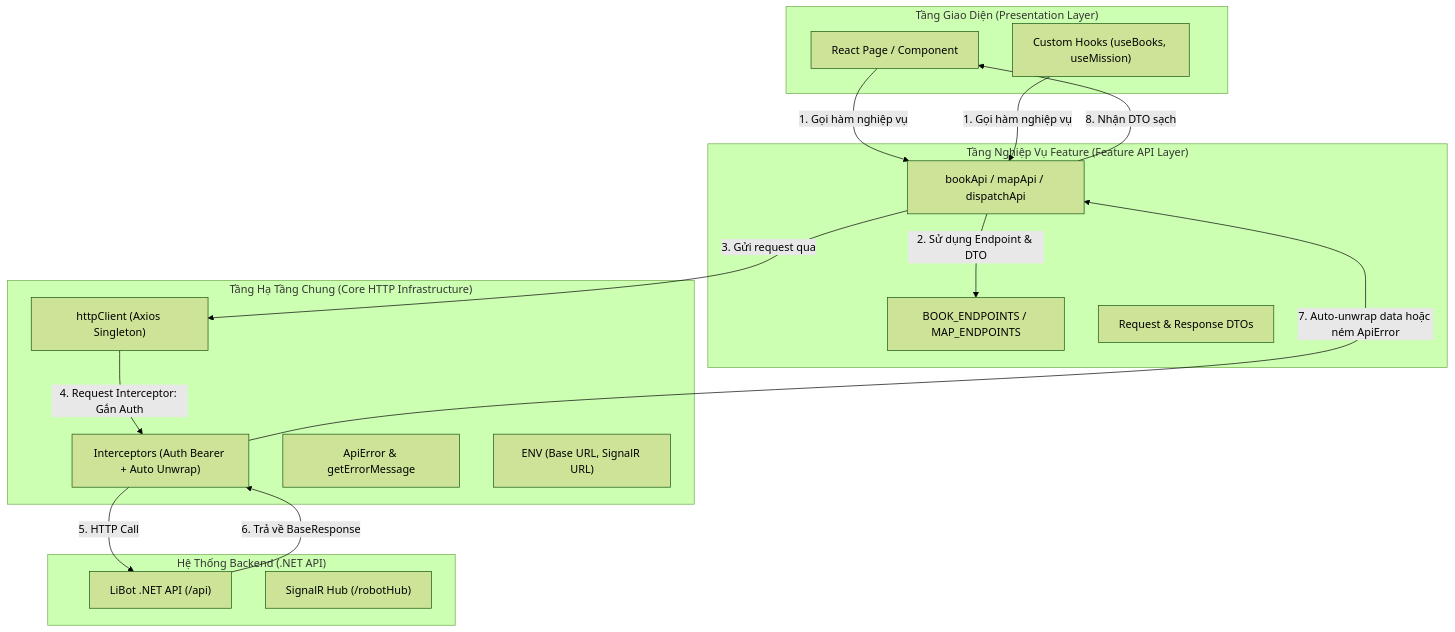
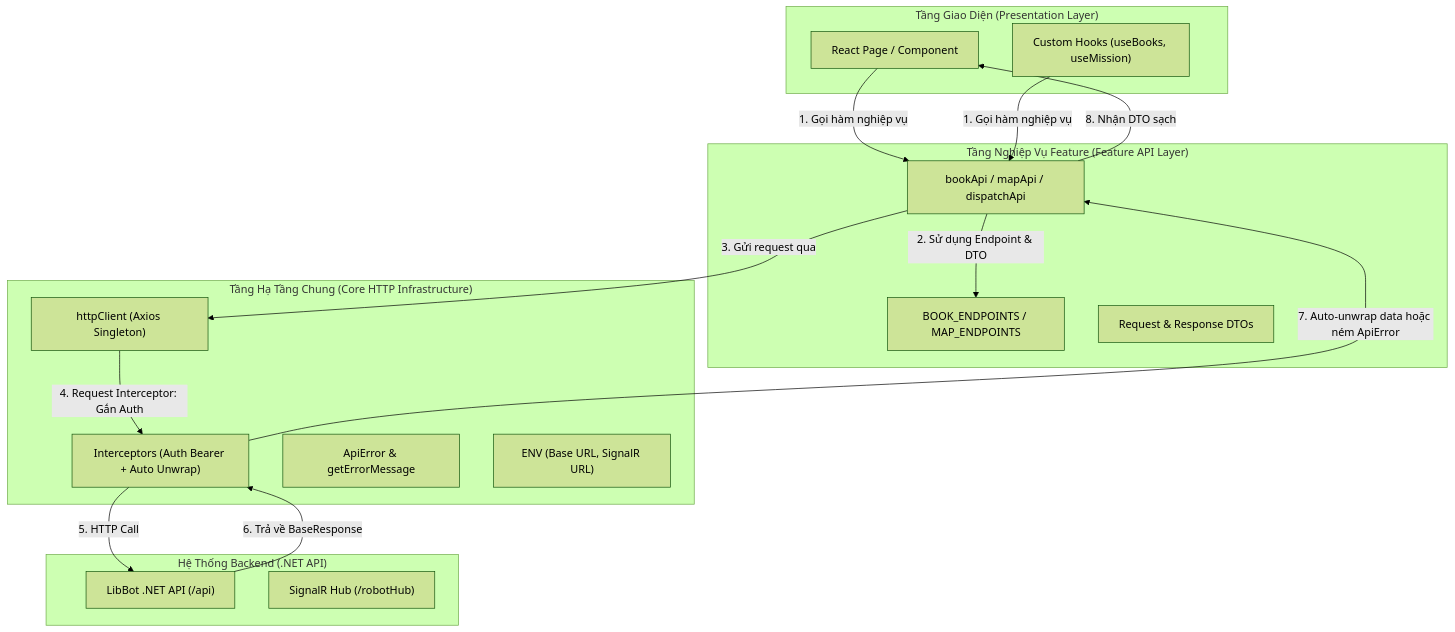
Before and after one commit to CapstoneLibbot/Libbot_FE: the diagram in docs/api-architecture-plan.md, drawn with Mermaid (forest theme). The commit also changed other lines of this file and 30 other files, not shown here.

````diff
--- a/docs/api-architecture-plan.md
+++ b/docs/api-architecture-plan.md
@@ -33,35 +33,35 @@
 ```mermaid
 flowchart TD
     subgraph UI_Layer["Tầng Giao Diện (Presentation Layer)"]
         Page["React Page / Component"]
         Hook["Custom Hooks (useBooks, useMission)"]
     end
 
     subgraph Service_Layer["Tầng Nghiệp Vụ Feature (Feature API Layer)"]
         FeatureApi["bookApi / mapApi / dispatchApi"]
         FeatureEndpoints["BOOK_ENDPOINTS / MAP_ENDPOINTS"]
         FeatureTypes["Request & Response DTOs"]
     end
 
     subgraph Core_Layer["Tầng Hạ Tầng Chung (Core HTTP Infrastructure)"]
         HttpClient["httpClient (Axios Singleton)"]
         Interceptors["Interceptors (Auth Bearer + Auto Unwrap)"]
         ErrorHandler["ApiError & getErrorMessage"]
         EnvConfig["ENV (Base URL, SignalR URL)"]
     end
 
     subgraph Backend_Layer["Hệ Thống Backend (.NET API)"]
-        DotNetApi["LiBot .NET API (/api)"]
+        DotNetApi["LibBot .NET API (/api)"]
         SignalRHub["SignalR Hub (/robotHub)"]
     end
 
     Page -->|1. Gọi hàm nghiệp vụ| FeatureApi
     Hook -->|1. Gọi hàm nghiệp vụ| FeatureApi
     FeatureApi -->|2. Sử dụng Endpoint & DTO| FeatureEndpoints
     FeatureApi -->|3. Gửi request qua| HttpClient
     HttpClient -->|4. Request Interceptor: Gắn Auth| Interceptors
     Interceptors -->|5. HTTP Call| DotNetApi
     DotNetApi -->|6. Trả về BaseResponse| Interceptors
     Interceptors -->|7. Auto-unwrap data hoặc ném ApiError| FeatureApi
     FeatureApi -->|8. Nhận DTO sạch| Page
 ```
````
